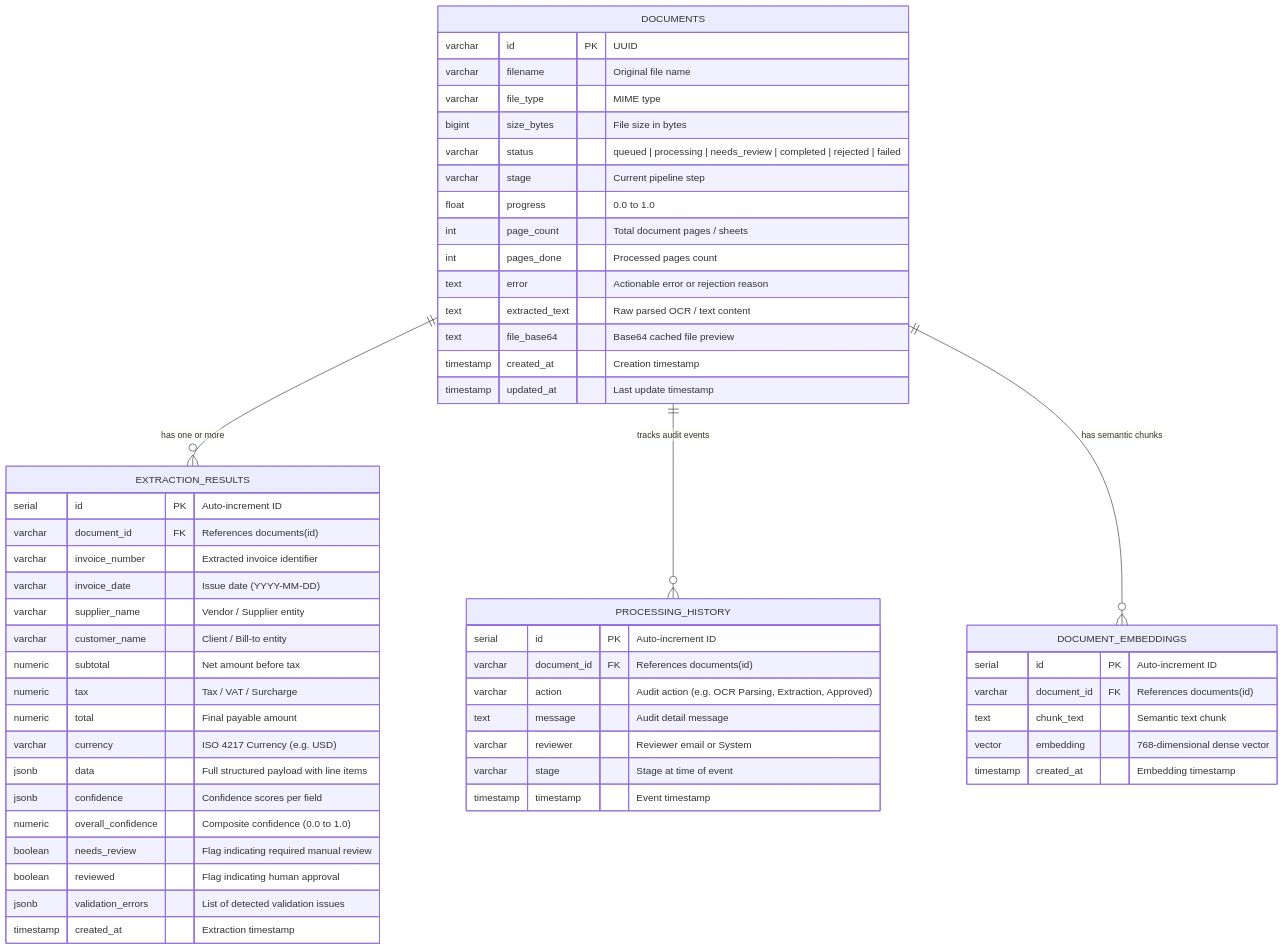
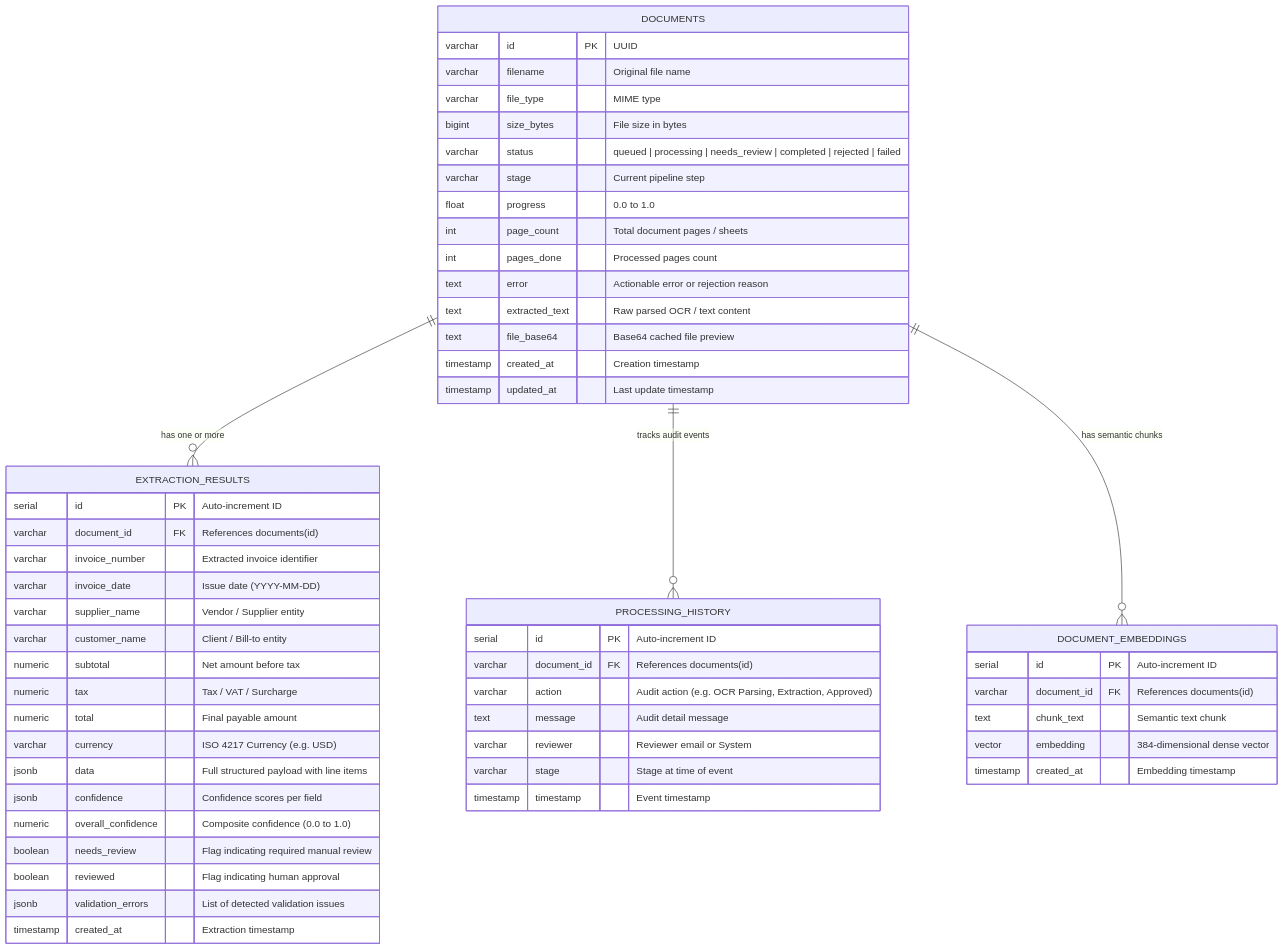
Before and after one commit to mmiskatul/DocuIntel-backend: the second of 2 diagrams in ARCHITECTURE_AND_SCHEMA.md, drawn with Mermaid. The commit also changed other lines of this file and 13 other files, not shown here.

````diff
--- a/ARCHITECTURE_AND_SCHEMA.md
+++ b/ARCHITECTURE_AND_SCHEMA.md
@@ -90,61 +90,61 @@
 ```mermaid
 erDiagram
     DOCUMENTS ||--o{ EXTRACTION_RESULTS : "has one or more"
     DOCUMENTS ||--o{ PROCESSING_HISTORY : "tracks audit events"
     DOCUMENTS ||--o{ DOCUMENT_EMBEDDINGS : "has semantic chunks"
 
     DOCUMENTS {
         varchar id PK "UUID"
         varchar filename "Original file name"
         varchar file_type "MIME type"
         bigint size_bytes "File size in bytes"
         varchar status "queued | processing | needs_review | completed | rejected | failed"
         varchar stage "Current pipeline step"
         float progress "0.0 to 1.0"
         int page_count "Total document pages / sheets"
         int pages_done "Processed pages count"
         text error "Actionable error or rejection reason"
         text extracted_text "Raw parsed OCR / text content"
         text file_base64 "Base64 cached file preview"
         timestamp created_at "Creation timestamp"
         timestamp updated_at "Last update timestamp"
     }
 
     EXTRACTION_RESULTS {
         serial id PK "Auto-increment ID"
         varchar document_id FK "References documents(id)"
         varchar invoice_number "Extracted invoice identifier"
         varchar invoice_date "Issue date (YYYY-MM-DD)"
         varchar supplier_name "Vendor / Supplier entity"
         varchar customer_name "Client / Bill-to entity"
         numeric subtotal "Net amount before tax"
         numeric tax "Tax / VAT / Surcharge"
         numeric total "Final payable amount"
         varchar currency "ISO 4217 Currency (e.g. USD)"
         jsonb data "Full structured payload with line items"
         jsonb confidence "Confidence scores per field"
         numeric overall_confidence "Composite confidence (0.0 to 1.0)"
         boolean needs_review "Flag indicating required manual review"
         boolean reviewed "Flag indicating human approval"
         jsonb validation_errors "List of detected validation issues"
         timestamp created_at "Extraction timestamp"
     }
 
     PROCESSING_HISTORY {
         serial id PK "Auto-increment ID"
         varchar document_id FK "References documents(id)"
         varchar action "Audit action (e.g. OCR Parsing, Extraction, Approved)"
         text message "Audit detail message"
         varchar reviewer "Reviewer email or System"
         varchar stage "Stage at time of event"
         timestamp timestamp "Event timestamp"
     }
 
     DOCUMENT_EMBEDDINGS {
         serial id PK "Auto-increment ID"
         varchar document_id FK "References documents(id)"
         text chunk_text "Semantic text chunk"
-        vector embedding "768-dimensional dense vector"
+        vector embedding "384-dimensional dense vector"
         timestamp created_at "Embedding timestamp"
     }
 ```
````
